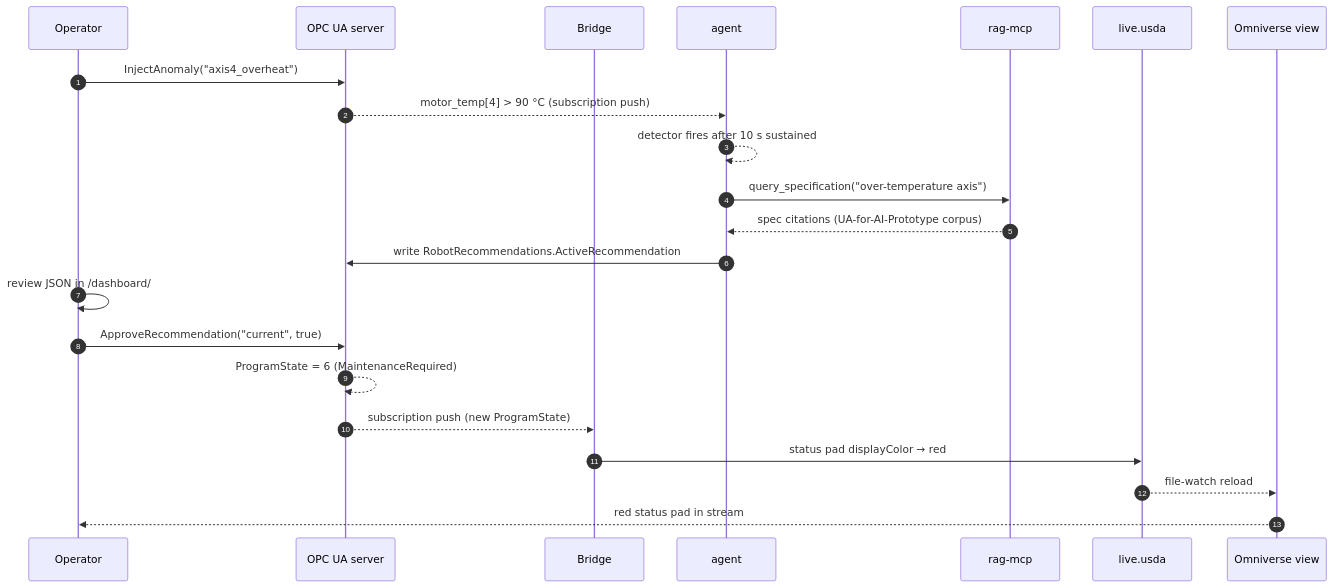
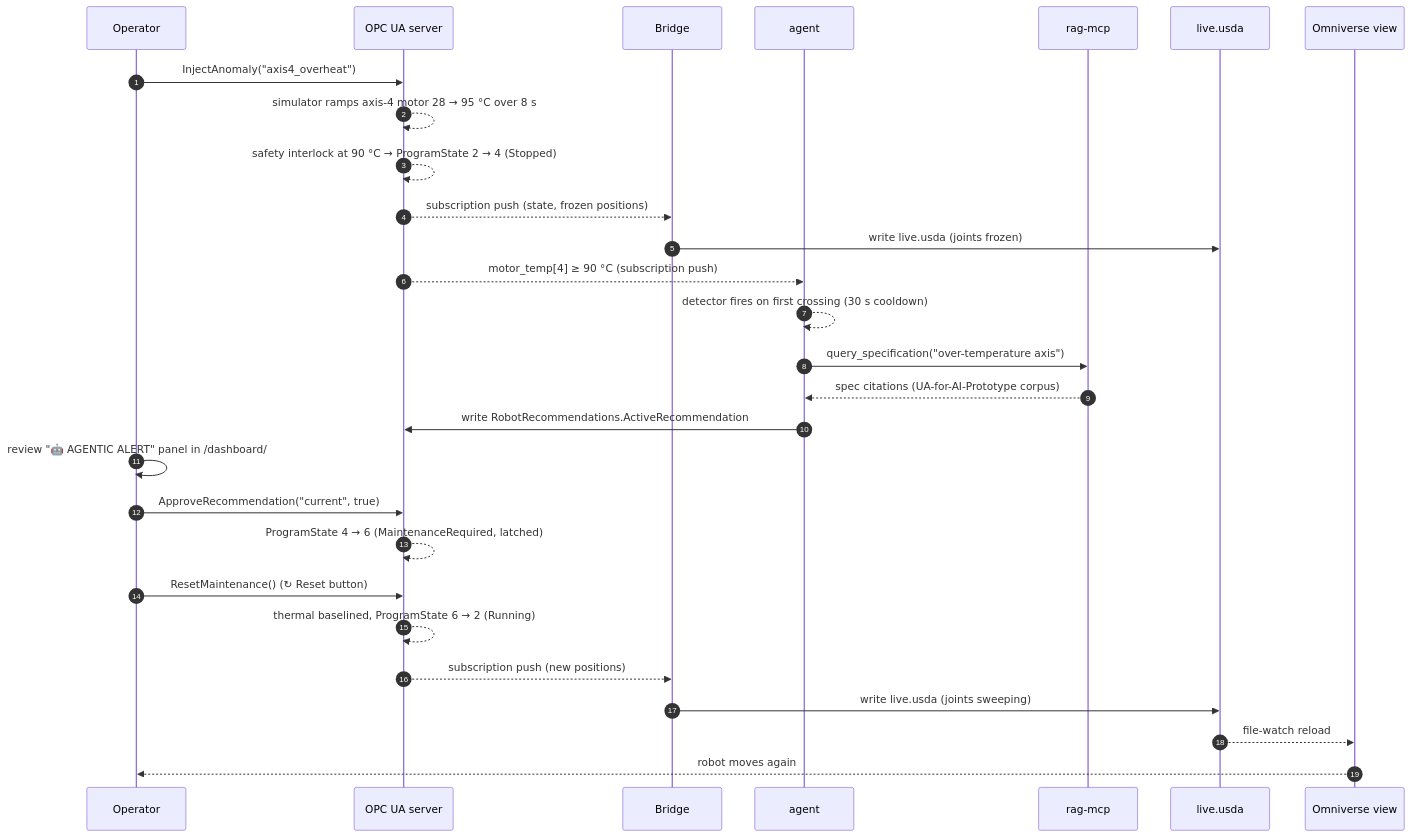
Before and after one commit to DittmannAxel/my_experiments: the diagram in OPCUA-OpenUSD/README.md, drawn with Mermaid. The commit also changed other lines of this file and 2 other files, not shown here.

Commit message:
OPCUA-OpenUSD: add docs/DEMO.md walkthrough + sync scripts/diagrams to current state machine
The repo had a sequence diagram and a demo-anomaly.sh script, but both
were stuck on the old 60 s ramp / 10 s sustained / 90 s wait shape and
made no mention of the safety auto-stop or the Reset button. Anyone
following them would conclude the system was broken.

docs/DEMO.md is a self-contained run-through: pre-flight, the seven
visible steps with expected dashboard / 3D / log state at each (with
wall-clock seconds), and the repeat cadence note about the 30 s agent
cooldown. README mermaid diagram updated to show the safety auto-stop
beat (4 Stopped) ahead of the agent fire and the Reset transition out
of MaintenanceRequired. demo-anomaly.sh tightened: 5 s baseline,
30 s recommendation wait, prompt the operator about Reset.

````diff
--- a/OPCUA-OpenUSD/README.md
+++ b/OPCUA-OpenUSD/README.md
@@ -110,25 +113,31 @@
 ```mermaid
 sequenceDiagram
     autonumber
     participant Op as Operator
     participant OPC as OPC UA server
     participant Br as Bridge
     participant Ag as agent
     participant RAG as rag-mcp
     participant USD as live.usda
     participant Kit as Omniverse view
 
     Op->>OPC: InjectAnomaly("axis4_overheat")
-    OPC-->>Ag: motor_temp[4] > 90 °C (subscription push)
-    Ag-->>Ag: detector fires after 10 s sustained
+    OPC-->>OPC: simulator ramps axis-4 motor 28 → 95 °C over 8 s
+    OPC-->>OPC: safety interlock at 90 °C → ProgramState 2 → 4 (Stopped)
+    OPC-->>Br: subscription push (state, frozen positions)
+    Br->>USD: write live.usda (joints frozen)
+    OPC-->>Ag: motor_temp[4] ≥ 90 °C (subscription push)
+    Ag-->>Ag: detector fires on first crossing (30 s cooldown)
     Ag->>RAG: query_specification("over-temperature axis")
     RAG-->>Ag: spec citations (UA-for-AI-Prototype corpus)
     Ag->>OPC: write RobotRecommendations.ActiveRecommendation
-    Op->>Op: review JSON in /dashboard/
+    Op->>Op: review "🤖 AGENTIC ALERT" panel in /dashboard/
     Op->>OPC: ApproveRecommendation("current", true)
-    OPC-->>OPC: ProgramState = 6 (MaintenanceRequired)
-    OPC-->>Br: subscription push (new ProgramState)
-    Br->>USD: status pad displayColor → red
+    OPC-->>OPC: ProgramState 4 → 6 (MaintenanceRequired, latched)
+    Op->>OPC: ResetMaintenance() (↻ Reset button)
+    OPC-->>OPC: thermal baselined, ProgramState 6 → 2 (Running)
+    OPC-->>Br: subscription push (new positions)
+    Br->>USD: write live.usda (joints sweeping)
     USD-->>Kit: file-watch reload
-    Kit-->>Op: red status pad in stream
+    Kit-->>Op: robot moves again
 ```
````
